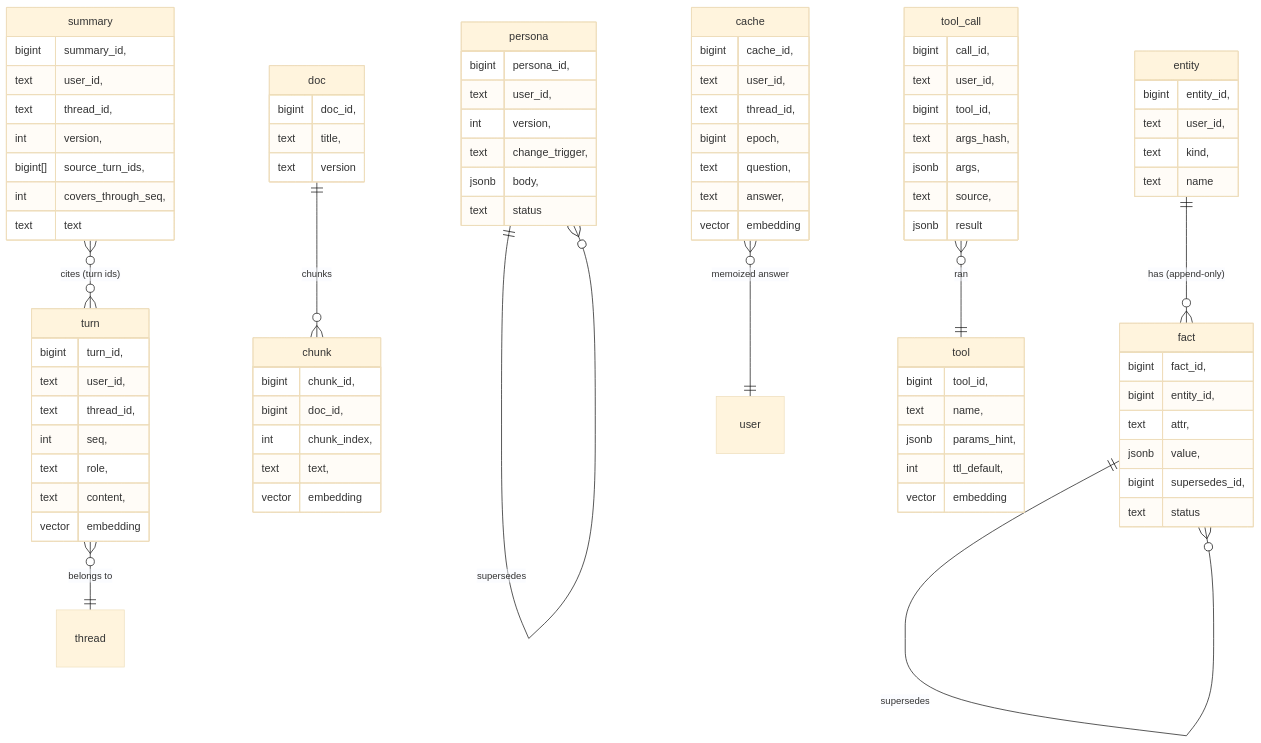
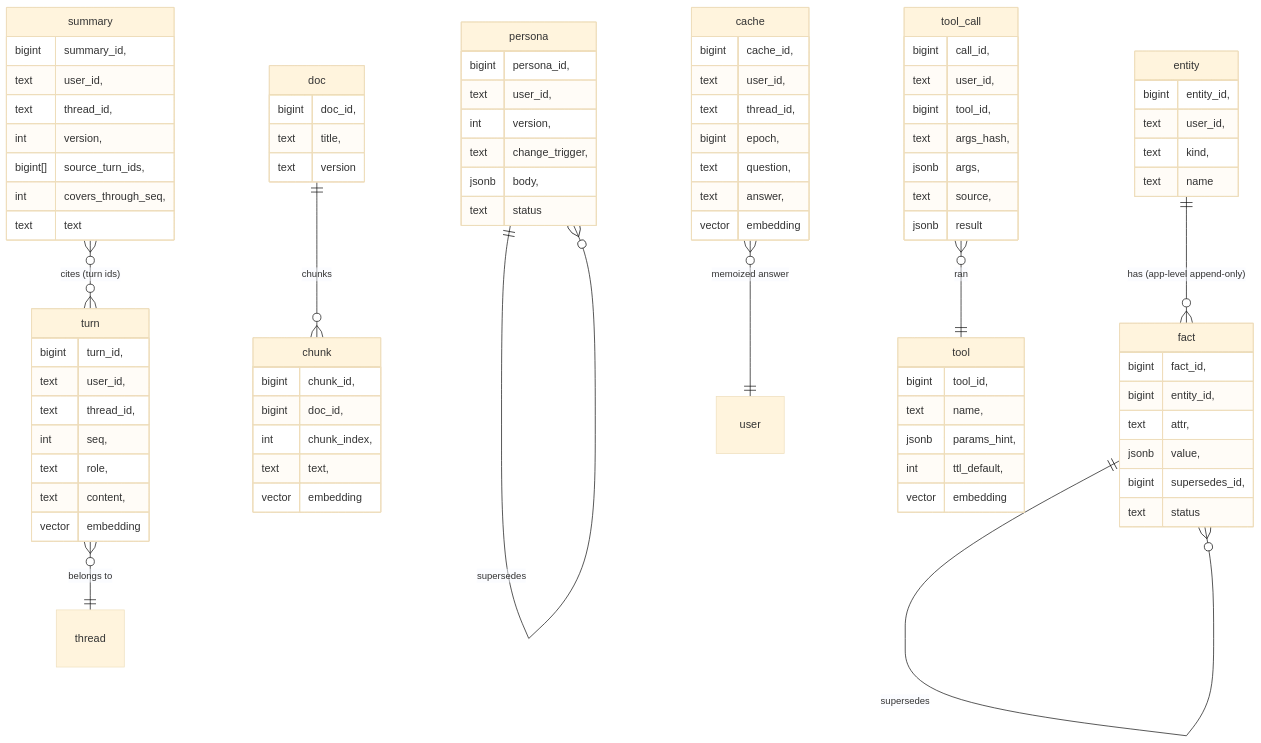
The first of 4 diagrams in docs/architecture.md (arvindram27/acme-loan-copilot), drawn with Mermaid (base theme) before and after one commit. The commit also changed other lines of this file and 4 other files, not shown here.

````diff
--- a/docs/architecture.md
+++ b/docs/architecture.md
@@ -5,22 +5,22 @@
 ```mermaid
 erDiagram
     persona ||--o{ persona : supersedes
-    entity ||--o{ fact : "has (append-only)"
+    entity ||--o{ fact : "has (app-level append-only)"
     fact ||--o{ fact : supersedes
     turn }o--|| thread : "belongs to"
     doc ||--o{ chunk : chunks
     summary }o--o{ turn : "cites (turn ids)"
     cache }o--|| user : "memoized answer"
     tool_call }o--|| tool : "ran"
 
     persona { bigint persona_id, text user_id, int version, text change_trigger, jsonb body, text status }
     entity { bigint entity_id, text user_id, text kind, text name }
     fact { bigint fact_id, bigint entity_id, text attr, jsonb value, bigint supersedes_id, text status }
     turn { bigint turn_id, text user_id, text thread_id, int seq, text role, text content, vector embedding }
     doc { bigint doc_id, text title, text version }
     chunk { bigint chunk_id, bigint doc_id, int chunk_index, text text, vector embedding }
     summary { bigint summary_id, text user_id, text thread_id, int version, bigint[] source_turn_ids, int covers_through_seq, text text }
     cache { bigint cache_id, text user_id, text thread_id, bigint epoch, text question, text answer, vector embedding }
     tool { bigint tool_id, text name, jsonb params_hint, int ttl_default, vector embedding }
     tool_call { bigint call_id, text user_id, bigint tool_id, text args_hash, jsonb args, text source, jsonb result }
 ```
````
